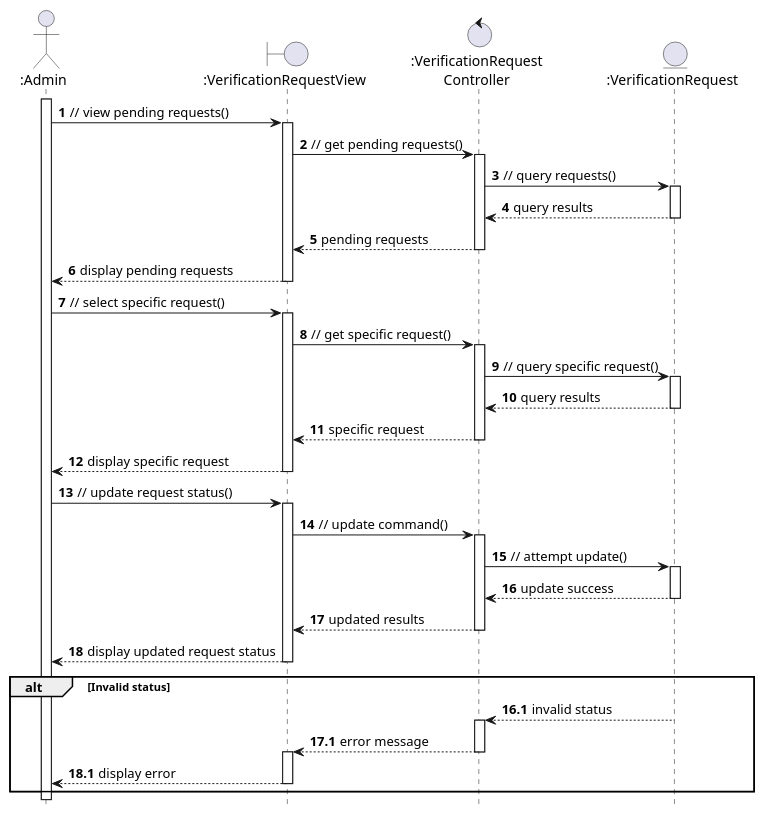
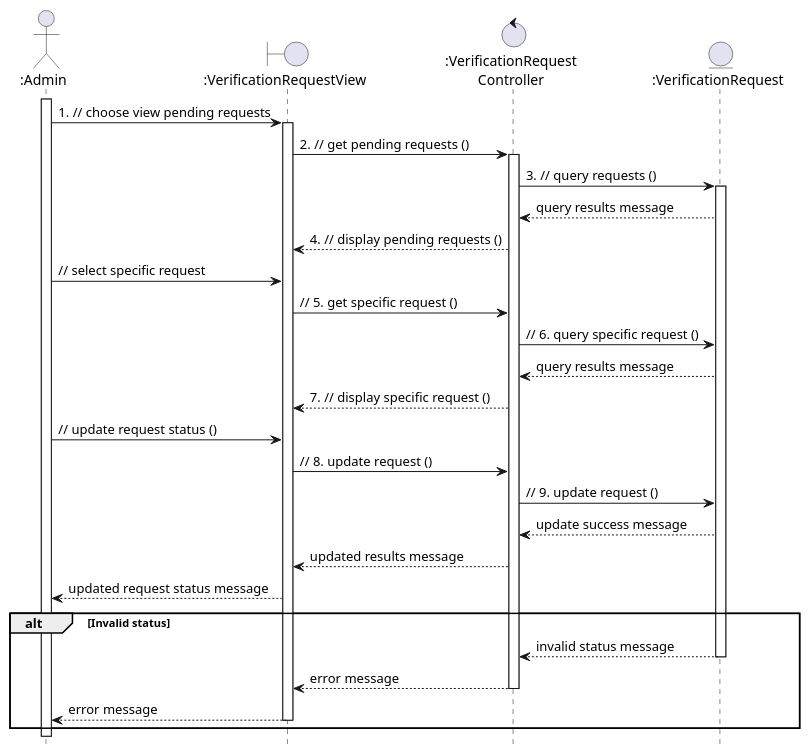
One commit to anhbanlinhle/velocity-exchange changed the diagram in uml/analysis/sequence/approve_car_for_auction.pu. Above: the diagram before and after it, drawn with PlantUML.

Commit message:
doc[lynn]: analysis sequence no. 19

```diff
--- a/uml/analysis/sequence/approve_car_for_auction.pu
+++ b/uml/analysis/sequence/approve_car_for_auction.pu
@@ -1,62 +1,43 @@
 @startuml
 hide footbox
 
-autonumber
 
 actor ":Admin" as Admin
 boundary ":VerificationRequestView" as PendingRequestsView
 control ":VerificationRequest\nController" as VerificationRequestController
 entity ":VerificationRequest" as PendingRequests
+
 Admin ++
-  Admin -> PendingRequestsView: // view pending requests()
-  activate PendingRequestsView
-    PendingRequestsView -> VerificationRequestController: // get pending requests()
-    activate VerificationRequestController
-      VerificationRequestController -> PendingRequests: // query requests()
-        activate PendingRequests
-        PendingRequests --> VerificationRequestController: query results
-        deactivate PendingRequests
-      VerificationRequestController --> PendingRequestsView: pending requests
-    deactivate VerificationRequestController
-    PendingRequestsView --> Admin: display pending requests
-  deactivate PendingRequestsView
-  Admin -> PendingRequestsView: // select specific request()
-  activate PendingRequestsView
-    PendingRequestsView -> VerificationRequestController: // get specific request()
-    activate VerificationRequestController
-      VerificationRequestController -> PendingRequests: // query specific request()
-        activate PendingRequests
-        PendingRequests --> VerificationRequestController: query results
-        deactivate PendingRequests
-      VerificationRequestController --> PendingRequestsView: specific request
-    deactivate VerificationRequestController
-    PendingRequestsView --> Admin: display specific request
-  deactivate PendingRequestsView
-  Admin -> PendingRequestsView: // update request status()
-  activate PendingRequestsView
-    PendingRequestsView -> VerificationRequestController: // update command()
-    activate VerificationRequestController
-      VerificationRequestController -> PendingRequests: // attempt update()
-        activate PendingRequests
-        PendingRequests --> VerificationRequestController: update success
-        deactivate PendingRequests
-      VerificationRequestController --> PendingRequestsView: updated results
-    deactivate VerificationRequestController
-    PendingRequestsView --> Admin: display updated request status
-  deactivate PendingRequestsView
+  Admin -> PendingRequestsView: 1. // choose view pending requests
+  PendingRequestsView ++
+    PendingRequestsView -> VerificationRequestController: 2. // get pending requests ()
+    VerificationRequestController ++
+      VerificationRequestController -> PendingRequests: 3. // query requests ()
+        PendingRequests ++
+        PendingRequests --> VerificationRequestController: query results message
+      VerificationRequestController --> PendingRequestsView: 4. // display pending requests ()
+
+
+  Admin -> PendingRequestsView: // select specific request
+    PendingRequestsView -> VerificationRequestController: // 5. get specific request ()
+      VerificationRequestController -> PendingRequests: // 6. query specific request ()
+        PendingRequests --> VerificationRequestController: query results message
+      VerificationRequestController --> PendingRequestsView: 7. // display specific request ()
+
+  Admin -> PendingRequestsView: // update request status ()
+    PendingRequestsView -> VerificationRequestController: // 8. update request ()
+      VerificationRequestController -> PendingRequests: // 9. update request ()
+        PendingRequests --> VerificationRequestController: update success message
+      VerificationRequestController --> PendingRequestsView: updated results message
+    PendingRequestsView --> Admin: updated request status message
 
 alt Invalid status
-  autonumber 16.1
-  PendingRequests --> VerificationRequestController: invalid status
-  autonumber inc A
-  activate VerificationRequestController
+  PendingRequests --> VerificationRequestController: invalid status message
+  PendingRequests --
     VerificationRequestController --> PendingRequestsView: error message
-    autonumber inc A
-  deactivate VerificationRequestController
-  activate PendingRequestsView
-    PendingRequestsView --> Admin: display error
-    autonumber inc A
-  deactivate PendingRequestsView
+    VerificationRequestController --
+    PendingRequestsView --> Admin: error message
+    PendingRequestsView --
 end
 
 @enduml
```
